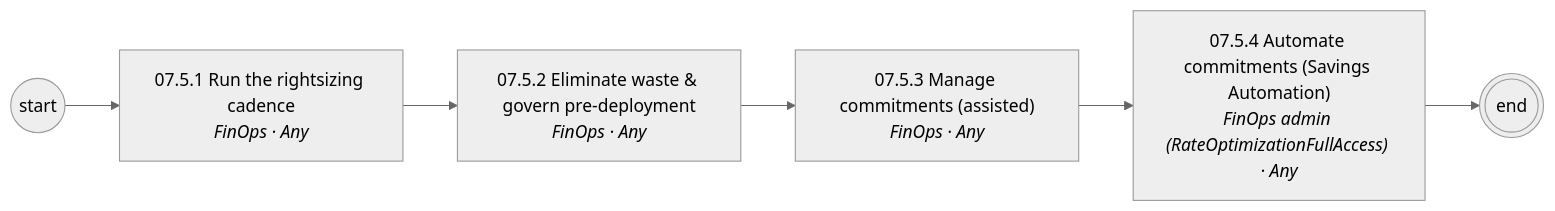
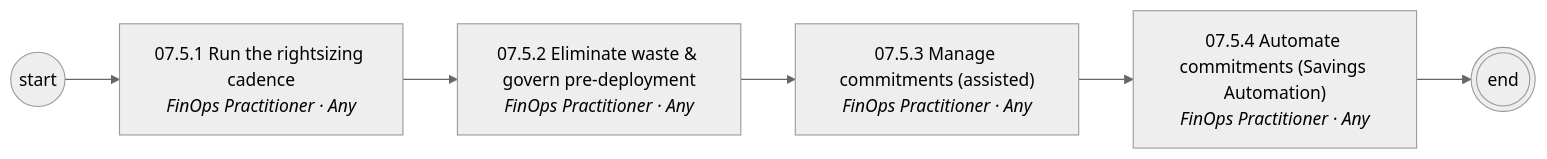
Before and after one commit to corbyjames/apptio-process-catalog: the sixth of 7 diagrams in diagrams/mermaid/area-07.md, drawn with Mermaid (neutral theme). The commit also changed other lines of this file and 251 other files, not shown here.

````diff
--- a/diagrams/mermaid/area-07.md
+++ b/diagrams/mermaid/area-07.md
@@ -87,13 +87,13 @@
 ```mermaid
 flowchart LR
   S((start))
-  N07_5_1["07.5.1 Run the rightsizing cadence<br/><i>FinOps · Any</i>"]
+  N07_5_1["07.5.1 Run the rightsizing cadence<br/><i>FinOps Practitioner · Any</i>"]
   S --> N07_5_1
-  N07_5_2["07.5.2 Eliminate waste & govern pre-deployment<br/><i>FinOps · Any</i>"]
+  N07_5_2["07.5.2 Eliminate waste & govern pre-deployment<br/><i>FinOps Practitioner · Any</i>"]
   N07_5_1 --> N07_5_2
-  N07_5_3["07.5.3 Manage commitments (assisted)<br/><i>FinOps · Any</i>"]
+  N07_5_3["07.5.3 Manage commitments (assisted)<br/><i>FinOps Practitioner · Any</i>"]
   N07_5_2 --> N07_5_3
-  N07_5_4["07.5.4 Automate commitments (Savings Automation)<br/><i>FinOps admin (RateOptimizationFullAccess) · Any</i>"]
+  N07_5_4["07.5.4 Automate commitments (Savings Automation)<br/><i>FinOps Practitioner · Any</i>"]
   N07_5_3 --> N07_5_4
   N07_5_4 --> E(((end)))
 ```
````
